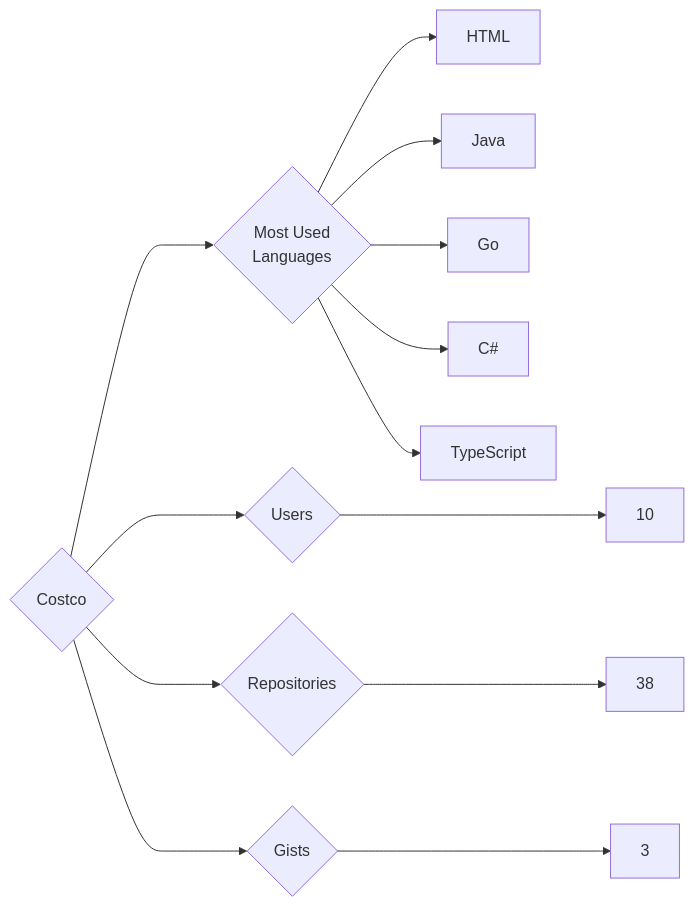
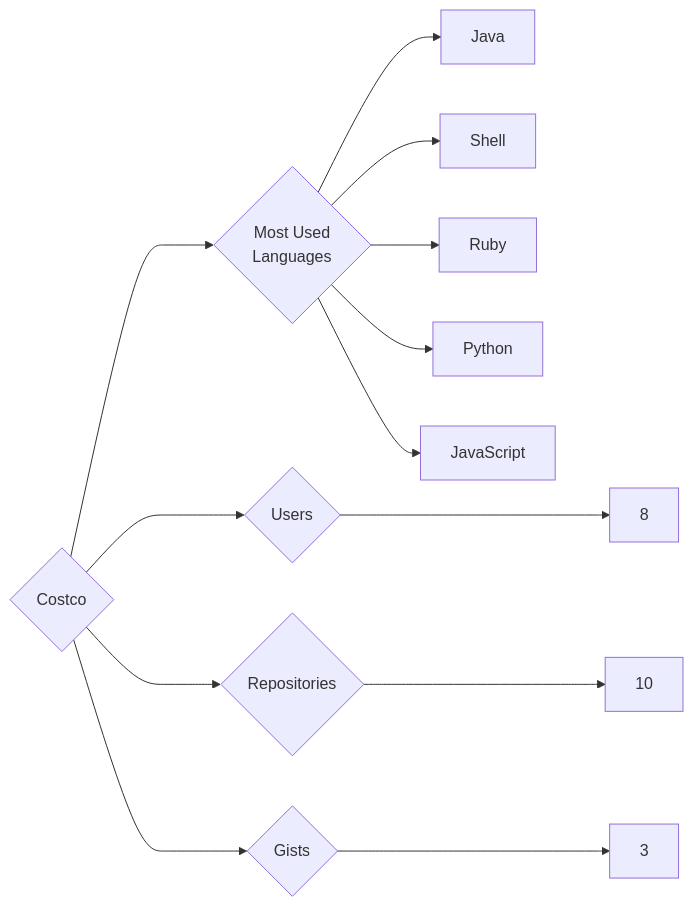
The diagram in targets/Costco/README.md (trickest/insiders), drawn with Mermaid before and after one commit. The commit also changed 872 other files, not shown here.

````diff
--- a/targets/Costco/README.md
+++ b/targets/Costco/README.md
@@ -3,13 +3,13 @@
 ```mermaid
 graph LR
 COMPANY_NAME{Costco}
-COMPANY_NAME ---> U{Users} ---> UN[10]
-COMPANY_NAME ---> R{Repositories} ---> RN[38]
+COMPANY_NAME ---> U{Users} ---> UN[8]
+COMPANY_NAME ---> R{Repositories} ---> RN[10]
 COMPANY_NAME ---> G{Gists} ---> GN[3]
 COMPANY_NAME ---> ML{Most Used<br>Languages}
-ML --> HTML[HTML]
 ML --> Java[Java]
-ML --> Go[Go]
-ML --> C#[C#]
-ML --> TypeScript[TypeScript]
+ML --> Shell[Shell]
+ML --> Ruby[Ruby]
+ML --> Python[Python]
+ML --> JavaScript[JavaScript]
 ```
````
